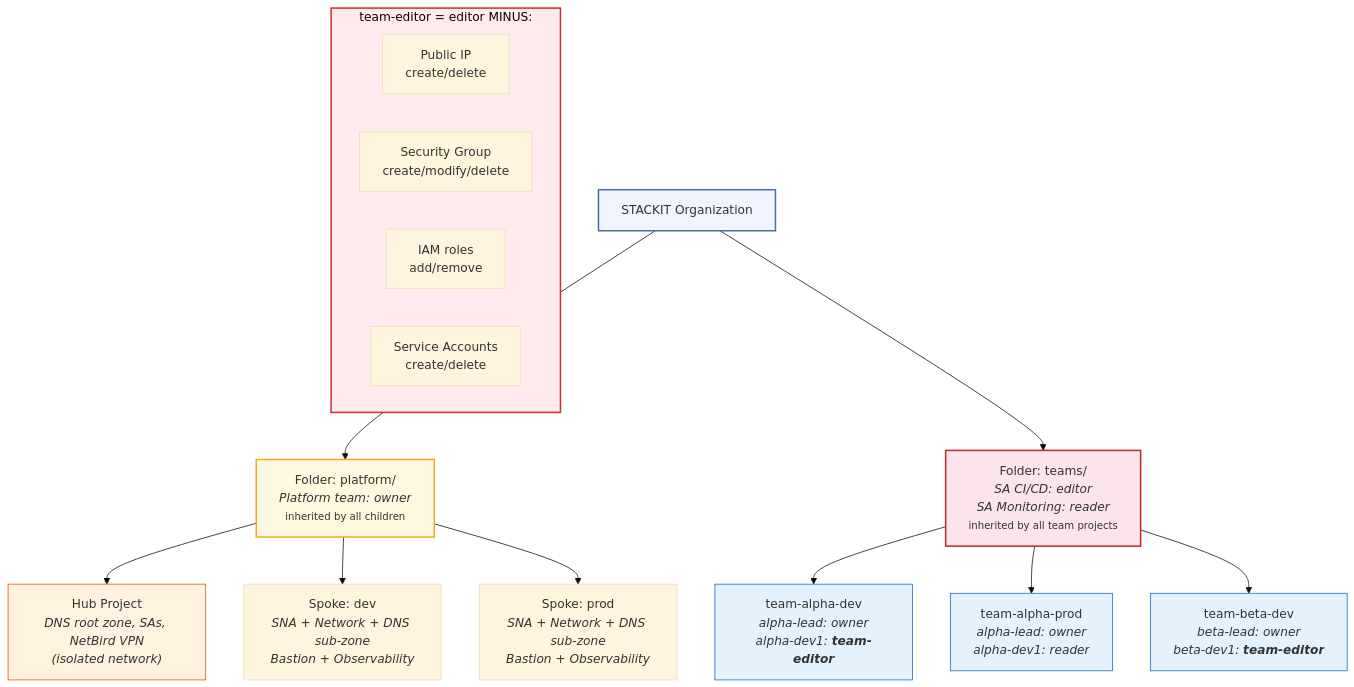
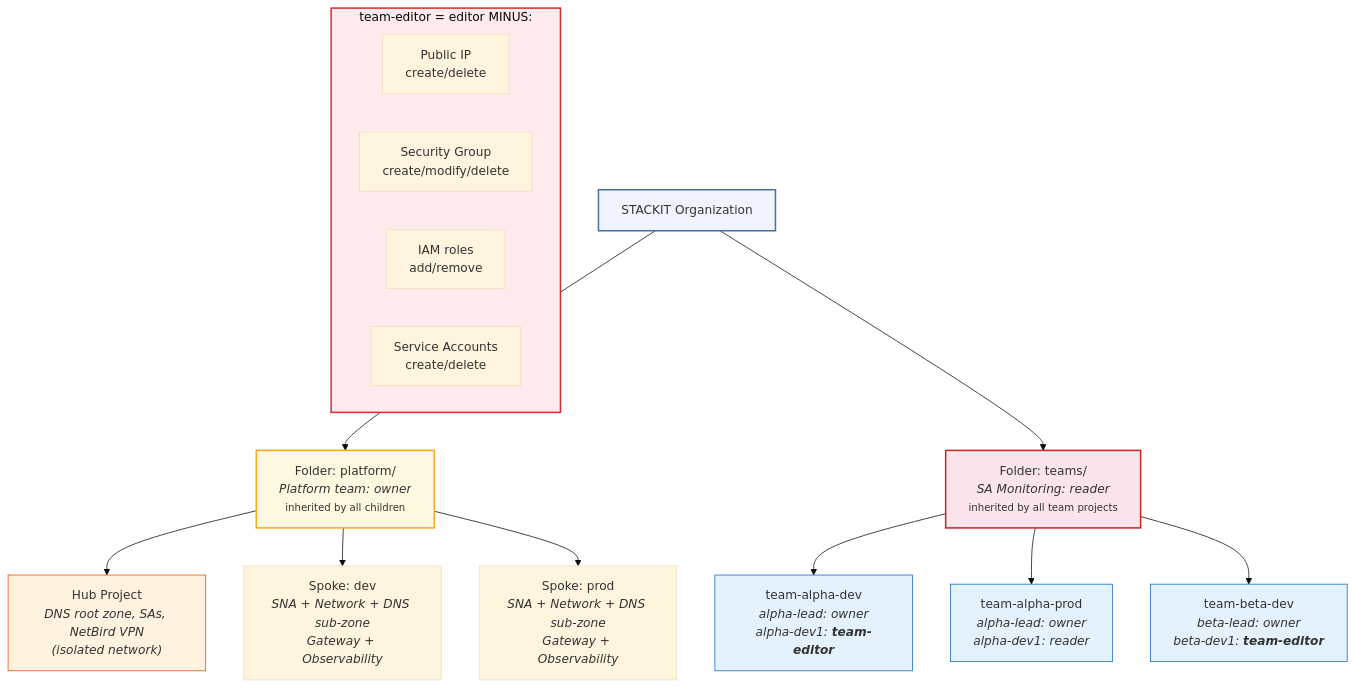
Before and after one commit to Liquid-Reply/stackit-landingzone: the sixth of 12 diagrams in docs/architecture.md, drawn with Mermaid (base theme). The commit also changed other lines of this file and 40 other files, not shown here.

````diff
--- a/docs/architecture.md
+++ b/docs/architecture.md
@@ -240,32 +240,32 @@
 ```mermaid
 graph TB
     org["STACKIT Organization"]
 
     org --> folder_platform["Folder: platform/<br/><i>Platform team: owner</i><br/><small>inherited by all children</small>"]
-    org --> folder_teams["Folder: teams/<br/><i>SA CI/CD: editor</i><br/><i>SA Monitoring: reader</i><br/><small>inherited by all team projects</small>"]
+    org --> folder_teams["Folder: teams/<br/><i>SA Monitoring: reader</i><br/><small>inherited by all team projects</small>"]
 
     folder_platform --> hub_proj["Hub Project<br/><i>DNS root zone, SAs, NetBird VPN</i><br/><i>(isolated network)</i>"]
-    folder_platform --> spoke_dev_proj["Spoke: dev<br/><i>SNA + Network + DNS sub-zone</i><br/><i>Bastion + Observability</i>"]
-    folder_platform --> spoke_prod_proj["Spoke: prod<br/><i>SNA + Network + DNS sub-zone</i><br/><i>Bastion + Observability</i>"]
+    folder_platform --> spoke_dev_proj["Spoke: dev<br/><i>SNA + Network + DNS sub-zone</i><br/><i>Gateway + Observability</i>"]
+    folder_platform --> spoke_prod_proj["Spoke: prod<br/><i>SNA + Network + DNS sub-zone</i><br/><i>Gateway + Observability</i>"]
 
     folder_teams --> alpha_dev_proj["team-alpha-dev<br/><i>alpha-lead: owner</i><br/><i>alpha-dev1: <b>team-editor</b></i>"]
     folder_teams --> alpha_prod_proj["team-alpha-prod<br/><i>alpha-lead: owner</i><br/><i>alpha-dev1: reader</i>"]
     folder_teams --> beta_dev_proj["team-beta-dev<br/><i>beta-lead: owner</i><br/><i>beta-dev1: <b>team-editor</b></i>"]
 
     subgraph restricted["team-editor = editor MINUS:"]
         direction LR
         no_pubip["Public IP<br/>create/delete"]
         no_sg["Security Group<br/>create/modify/delete"]
         no_iam["IAM roles<br/>add/remove"]
         no_sa["Service Accounts<br/>create/delete"]
     end
 
     style org fill:#f0f4ff,stroke:#4a6fa5,stroke-width:2px
     style folder_platform fill:#fff8e1,stroke:#f9a825,stroke-width:2px
     style folder_teams fill:#fce4ec,stroke:#c62828,stroke-width:2px
     style restricted fill:#ffebee,stroke:#d32f2f,stroke-width:2px
     style hub_proj fill:#fff3e0,stroke:#e65100,stroke-width:1px
     style alpha_dev_proj fill:#e3f2fd,stroke:#1565c0,stroke-width:1px
     style alpha_prod_proj fill:#e3f2fd,stroke:#1565c0,stroke-width:1px
     style beta_dev_proj fill:#e3f2fd,stroke:#1565c0,stroke-width:1px
 ```
````
